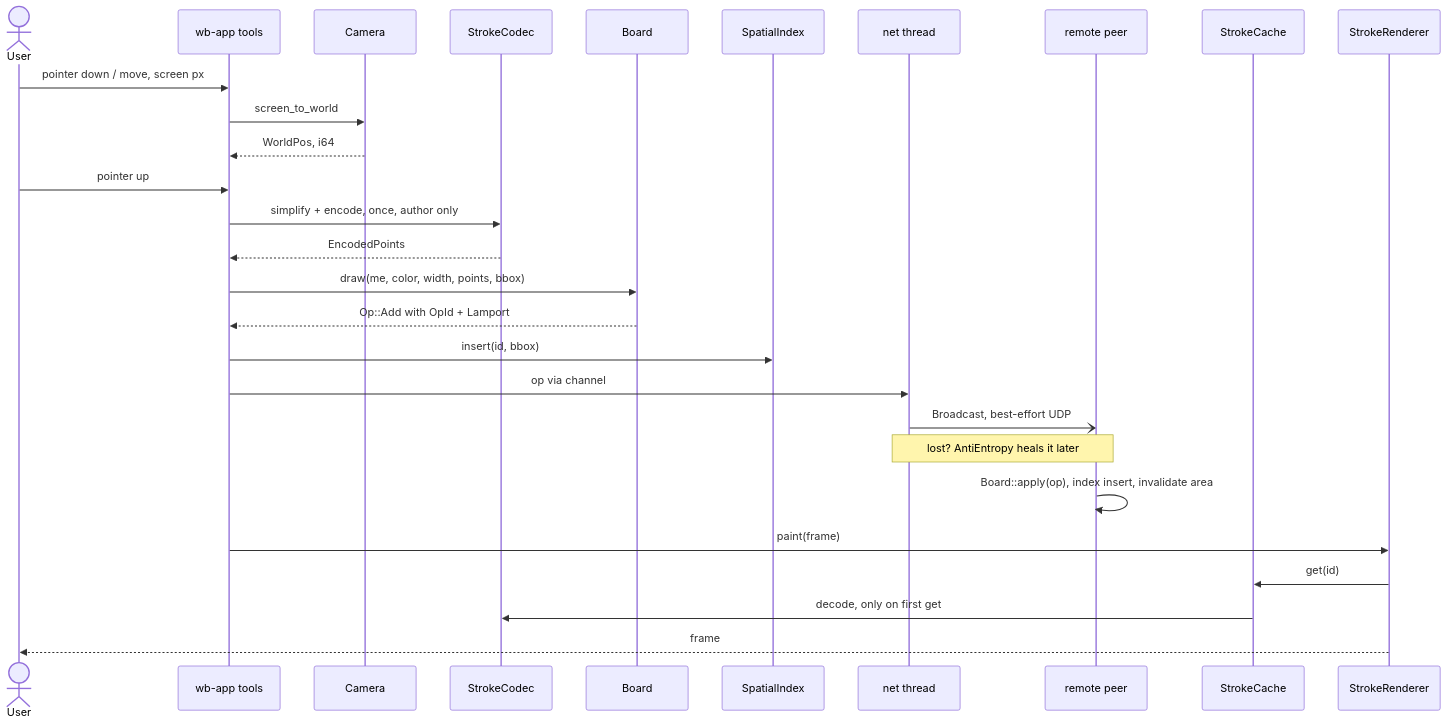
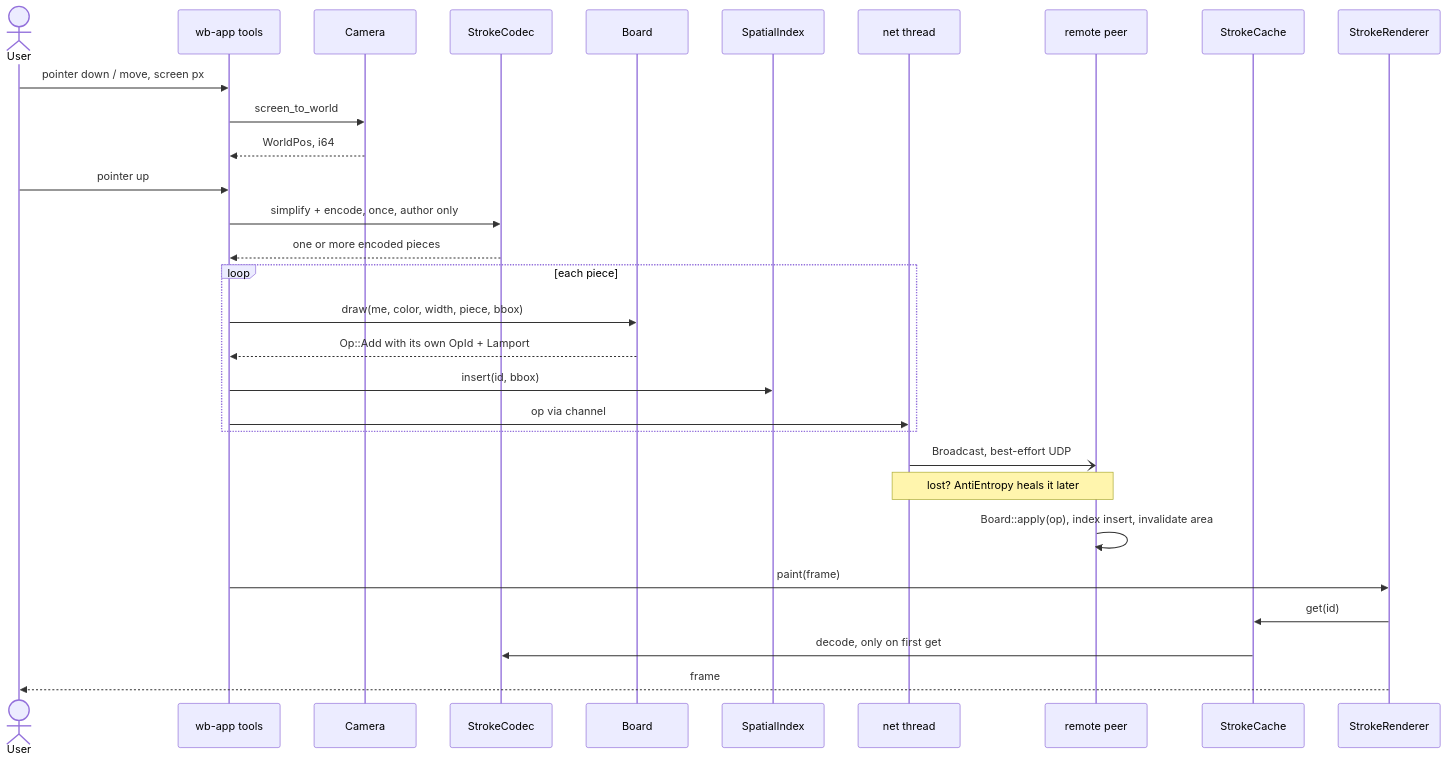
The diagram in docs/design/stroke-lifecycle.md (Student-Team-Projects/Most-Overkilled-Whiteboard-for-ArchLinux), drawn with Mermaid before and after one commit. The commit also changed other lines of this file and 10 other files, not shown here.

````diff
--- a/docs/design/stroke-lifecycle.md
+++ b/docs/design/stroke-lifecycle.md
@@ -6,31 +6,33 @@
 ```mermaid
 sequenceDiagram
     actor User
     participant App as wb-app tools
     participant Cam as Camera
     participant Codec as StrokeCodec
     participant Board as Board
     participant Index as SpatialIndex
     participant Net as net thread
     participant Peer as remote peer
     participant Cache as StrokeCache
     participant Rend as StrokeRenderer
 
     User->>App: pointer down / move, screen px
     App->>Cam: screen_to_world
     Cam-->>App: WorldPos, i64
     User->>App: pointer up
     App->>Codec: simplify + encode, once, author only
-    Codec-->>App: EncodedPoints
-    App->>Board: draw(me, color, width, points, bbox)
-    Board-->>App: Op::Add with OpId + Lamport
-    App->>Index: insert(id, bbox)
-    App->>Net: op via channel
+    Codec-->>App: one or more encoded pieces
+    loop each piece
+        App->>Board: draw(me, color, width, piece, bbox)
+        Board-->>App: Op::Add with its own OpId + Lamport
+        App->>Index: insert(id, bbox)
+        App->>Net: op via channel
+    end
     Net-)Peer: Broadcast, best-effort UDP
     Note over Net,Peer: lost? AntiEntropy heals it later
     Peer->>Peer: Board::apply(op), index insert, invalidate area
     App->>Rend: paint(frame)
     Rend->>Cache: get(id)
     Cache->>Codec: decode, only on first get
     Rend-->>User: frame
 ```
````
